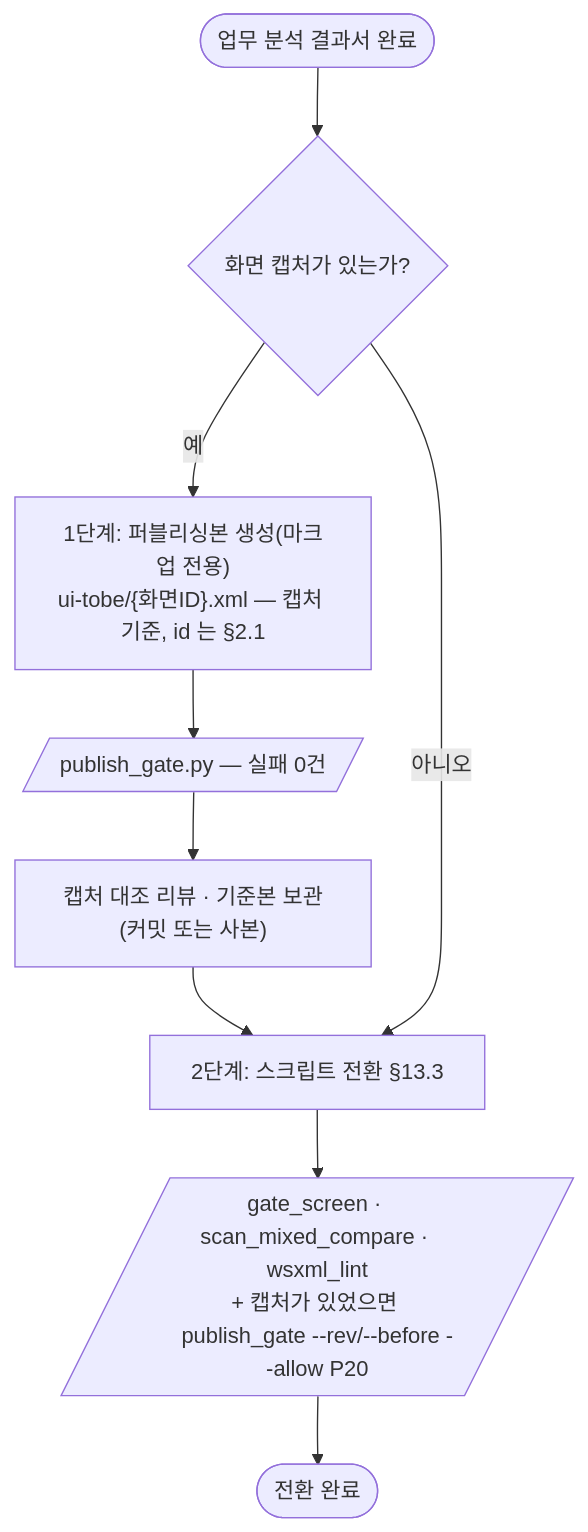
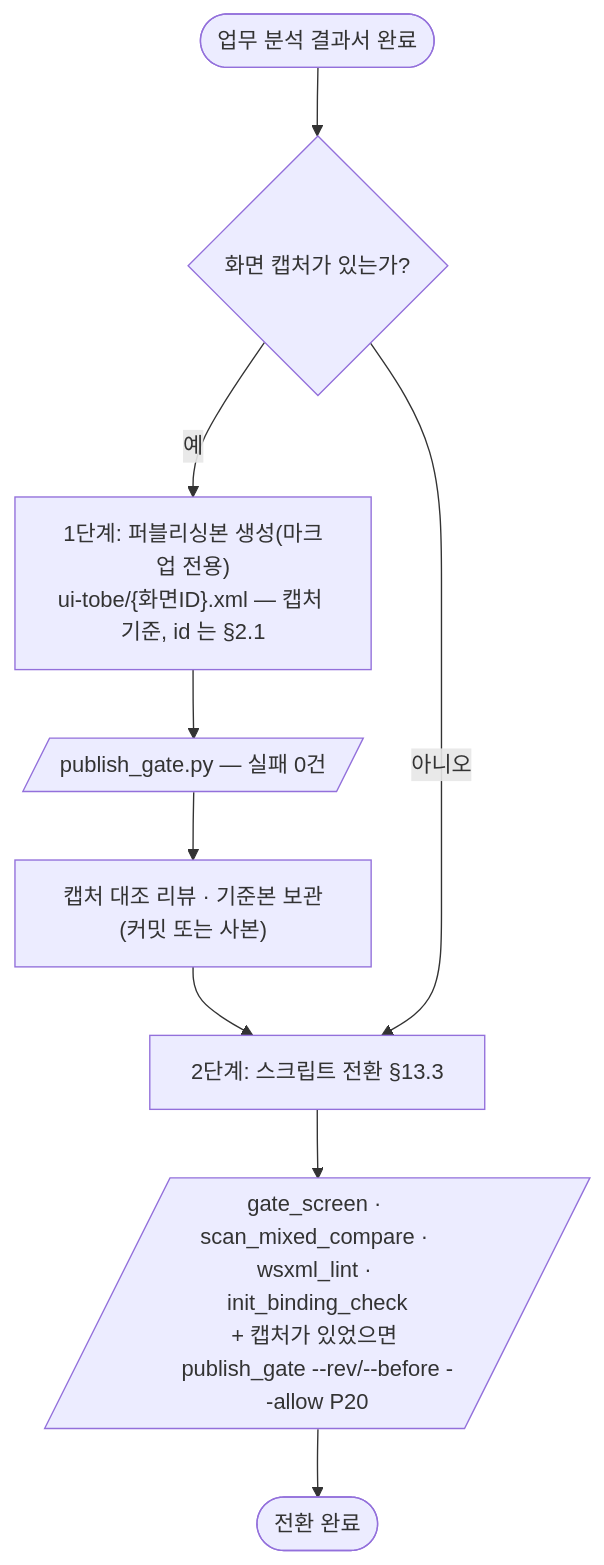
The fourth of 4 diagrams in conversion/md/websquare_gfm_conversion.md (jcpark-alt/KRX_CRAFT), drawn with Mermaid before and after one commit. The commit also changed other lines of this file and 4 other files, not shown here.

First line of the commit message:
feat(conversion): init 달력·조회 Enter 키 바인딩 규칙(22 개정·37 신설) + init_binding_check 게이트

````diff
--- a/conversion/md/websquare_gfm_conversion.md
+++ b/conversion/md/websquare_gfm_conversion.md
@@ -665,11 +676,11 @@
 ```mermaid
 flowchart TD
     A(["업무 분석 결과서 완료"]) --> B{"화면 캡처가 있는가?"}
     B -- "예" --> P1["1단계: 퍼블리싱본 생성(마크업 전용)<br/>ui-tobe/{화면ID}.xml — 캡처 기준, id 는 §2.1"]
     P1 --> P2[/"publish_gate.py — 실패 0건"/]
     P2 --> P3["캡처 대조 리뷰 · 기준본 보관(커밋 또는 사본)"]
     P3 --> S1["2단계: 스크립트 전환 §13.3"]
     B -- "아니오" --> S1
-    S1 --> S2[/"gate_screen · scan_mixed_compare · wsxml_lint<br/>+ 캡처가 있었으면 publish_gate --rev/--before --allow P20"/]
+    S1 --> S2[/"gate_screen · scan_mixed_compare · wsxml_lint · init_binding_check<br/>+ 캡처가 있었으면 publish_gate --rev/--before --allow P20"/]
     S2 --> E(["전환 완료"])
 ```
````
